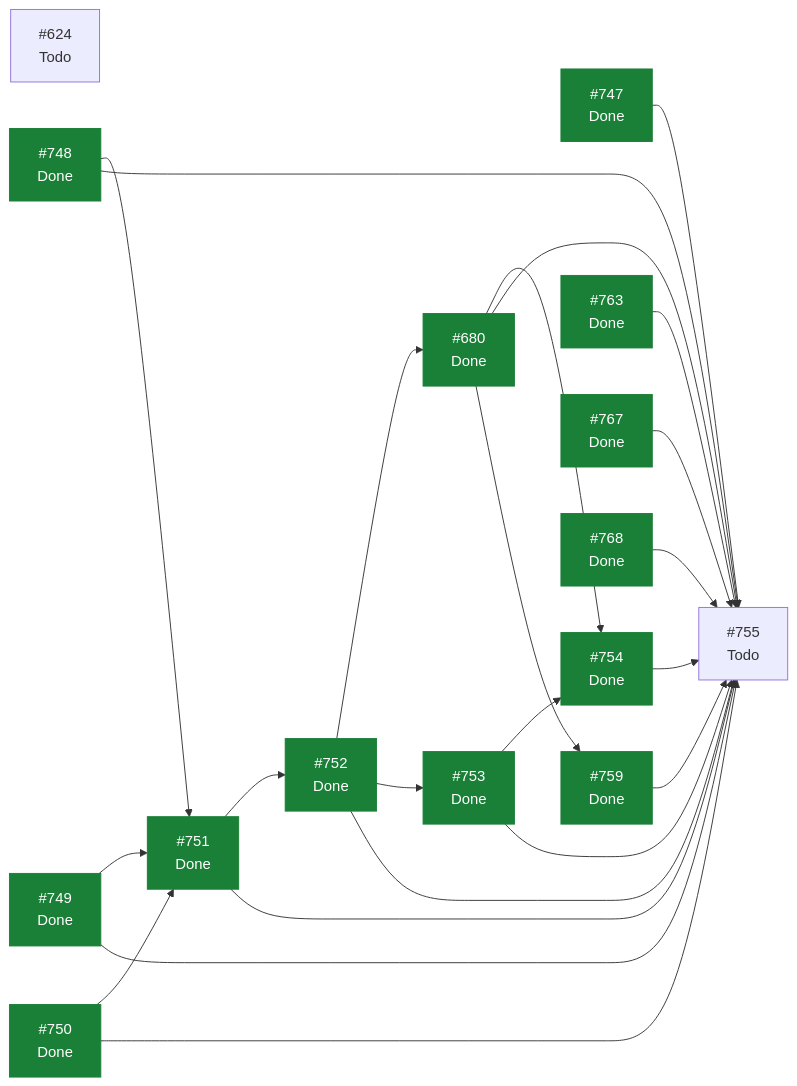
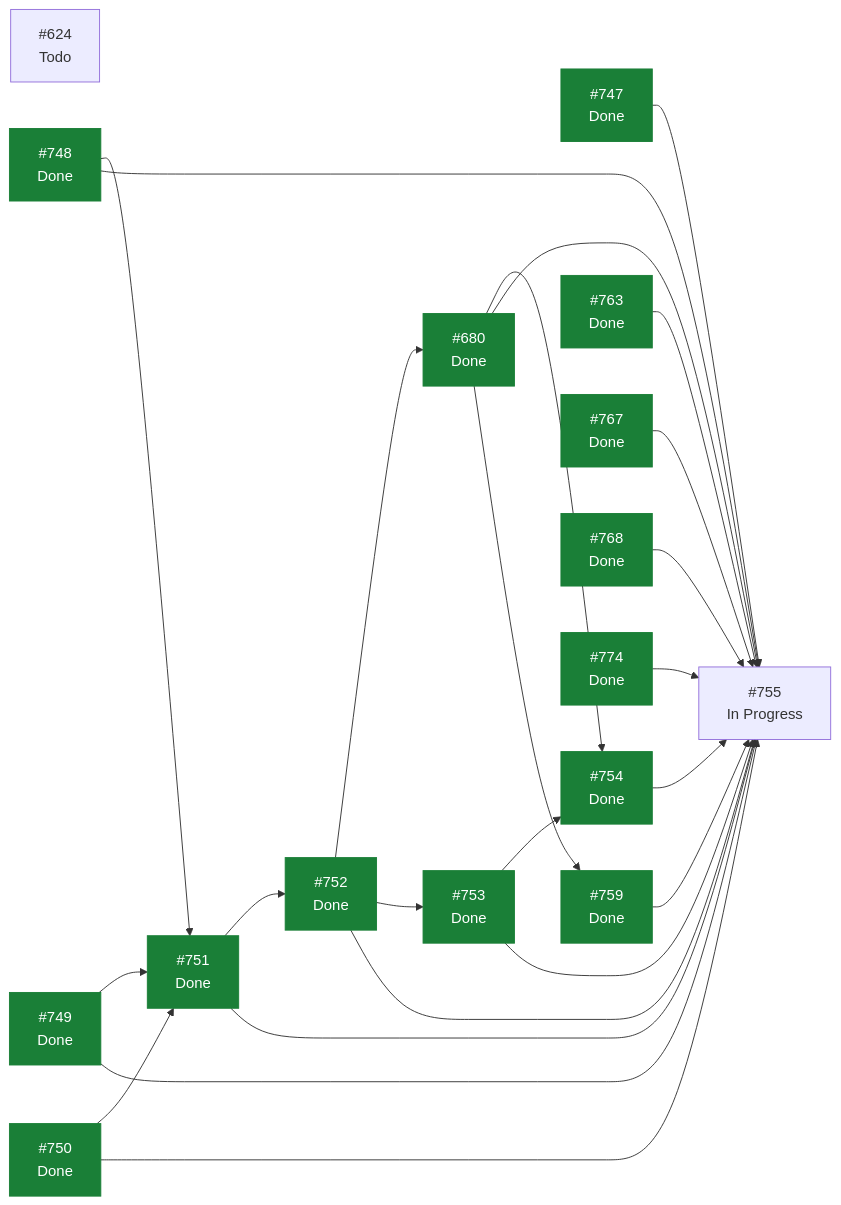
One commit to ecamp0s/evault changed the diagram in docs/planning/STATUS.md. Above: the diagram before and after it, drawn with Mermaid. The commit also changed other lines of this file and 2 other files, not shown here.

````diff
--- a/docs/planning/STATUS.md
+++ b/docs/planning/STATUS.md
@@ -102,42 +94,44 @@
 ```mermaid
 graph LR
   I624["#624<br/>Todo"]
   I680["#680<br/>Done"]
   I747["#747<br/>Done"]
   I748["#748<br/>Done"]
   I749["#749<br/>Done"]
   I750["#750<br/>Done"]
   I751["#751<br/>Done"]
   I752["#752<br/>Done"]
   I753["#753<br/>Done"]
   I754["#754<br/>Done"]
-  I755["#755<br/>Todo"]
+  I755["#755<br/>In Progress"]
   I759["#759<br/>Done"]
   I763["#763<br/>Done"]
   I767["#767<br/>Done"]
   I768["#768<br/>Done"]
+  I774["#774<br/>Done"]
   I680 --> I754
   I680 --> I755
   I680 --> I759
   I747 --> I755
   I748 --> I751
   I748 --> I755
   I749 --> I751
   I749 --> I755
   I750 --> I751
   I750 --> I755
   I751 --> I752
   I751 --> I755
   I752 --> I680
   I752 --> I753
   I752 --> I755
   I753 --> I754
   I753 --> I755
   I754 --> I755
   I759 --> I755
   I763 --> I755
   I767 --> I755
   I768 --> I755
+  I774 --> I755
   classDef hecho fill:#1a7f37,stroke:#1a7f37,color:#fff;
-  class I680,I747,I748,I749,I750,I751,I752,I753,I754,I759,I763,I767,I768 hecho;
+  class I680,I747,I748,I749,I750,I751,I752,I753,I754,I759,I763,I767,I768,I774 hecho;
 ```
````
